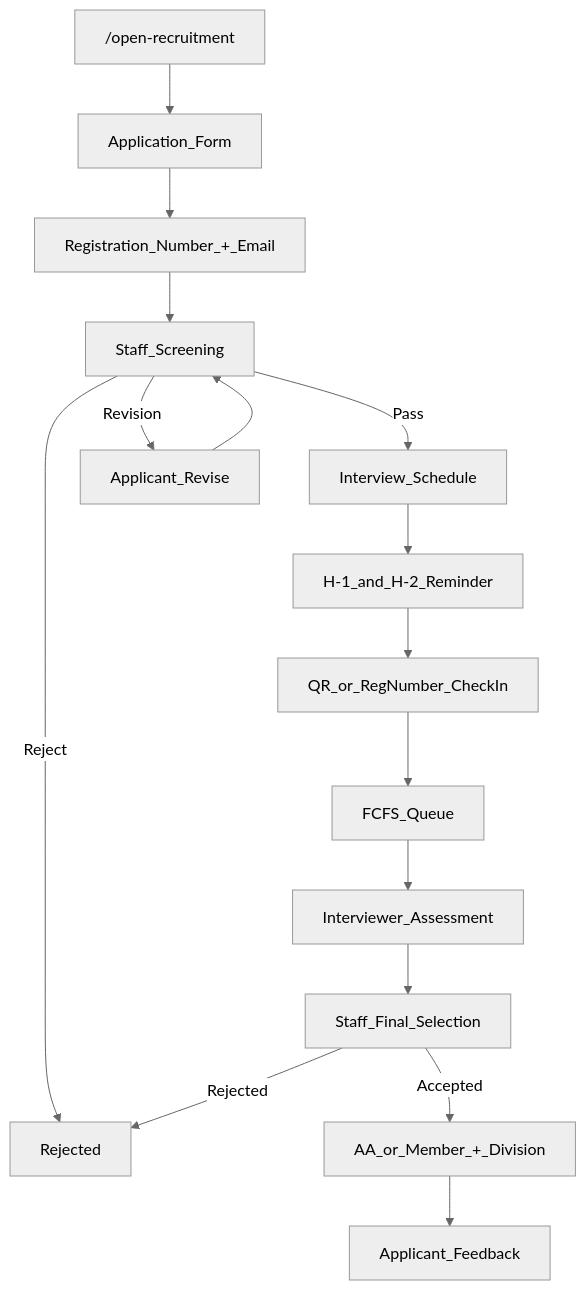
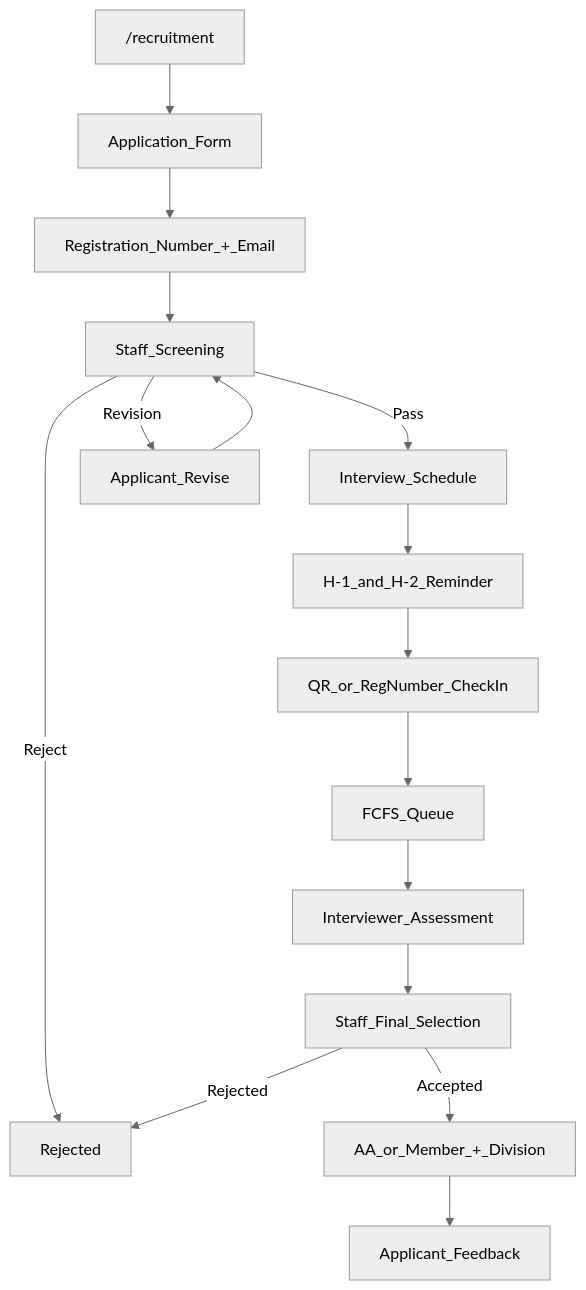
Before and after one commit to Dinus-Open-Source-Community/d-form-v2: the diagram in docs/module/oprec/overview.md, drawn with Mermaid (neutral theme). The commit also changed other lines of this file and 114 other files, not shown here.

````diff
--- a/docs/module/oprec/overview.md
+++ b/docs/module/oprec/overview.md
@@ -204,18 +204,18 @@
 ```mermaid
 flowchart TD
-  Landing["/open-recruitment"] --> Apply[Application_Form]
+  Landing["/recruitment"] --> Apply[Application_Form]
   Apply --> Confirm[Registration_Number_+_Email]
   Confirm --> Screening[Staff_Screening]
   Screening -->|Pass| Schedule[Interview_Schedule]
   Screening -->|Revision| Revise[Applicant_Revise]
   Screening -->|Reject| EndReject[Rejected]
   Revise --> Screening
   Schedule --> Reminder[H-1_and_H-2_Reminder]
   Reminder --> Attendance[QR_or_RegNumber_CheckIn]
   Attendance --> Queue[FCFS_Queue]
   Queue --> Interview[Interviewer_Assessment]
   Interview --> Final[Staff_Final_Selection]
   Final -->|Accepted| Placement[AA_or_Member_+_Division]
   Final -->|Rejected| EndReject
   Placement --> Feedback[Applicant_Feedback]
 ```
````
